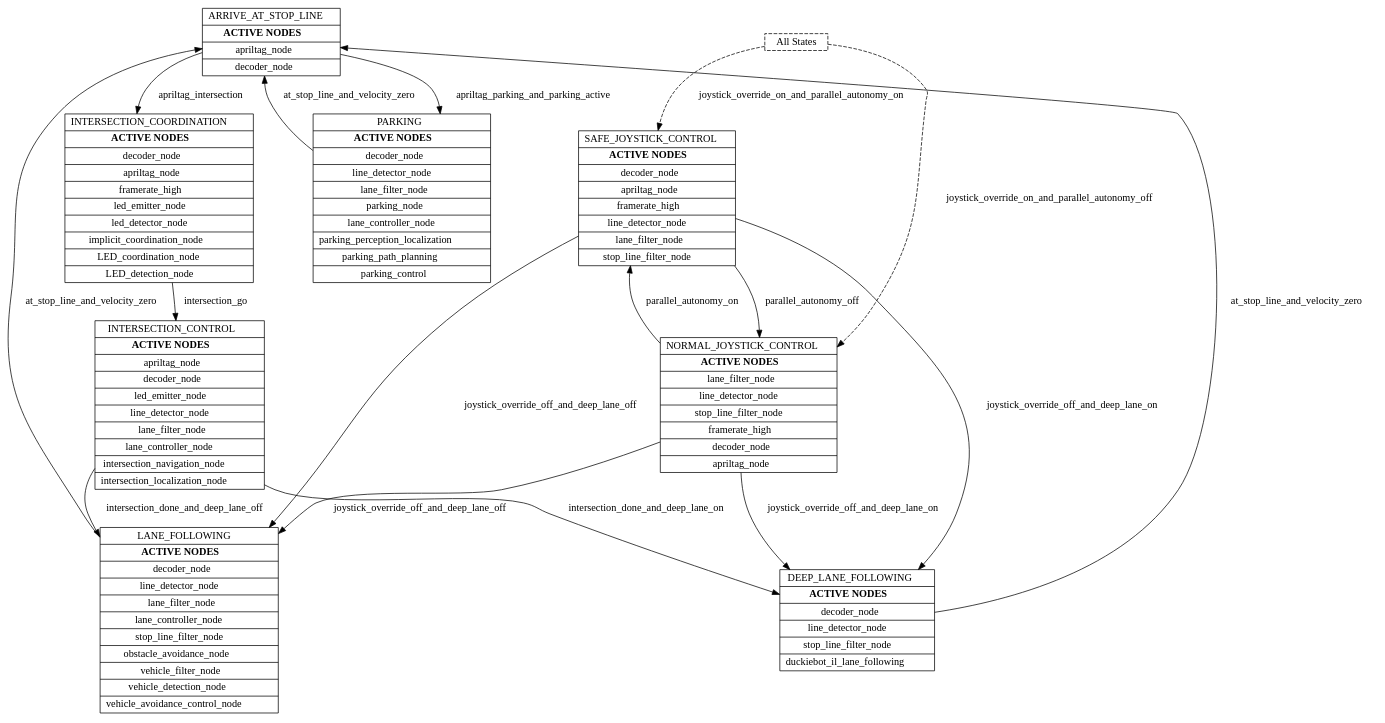
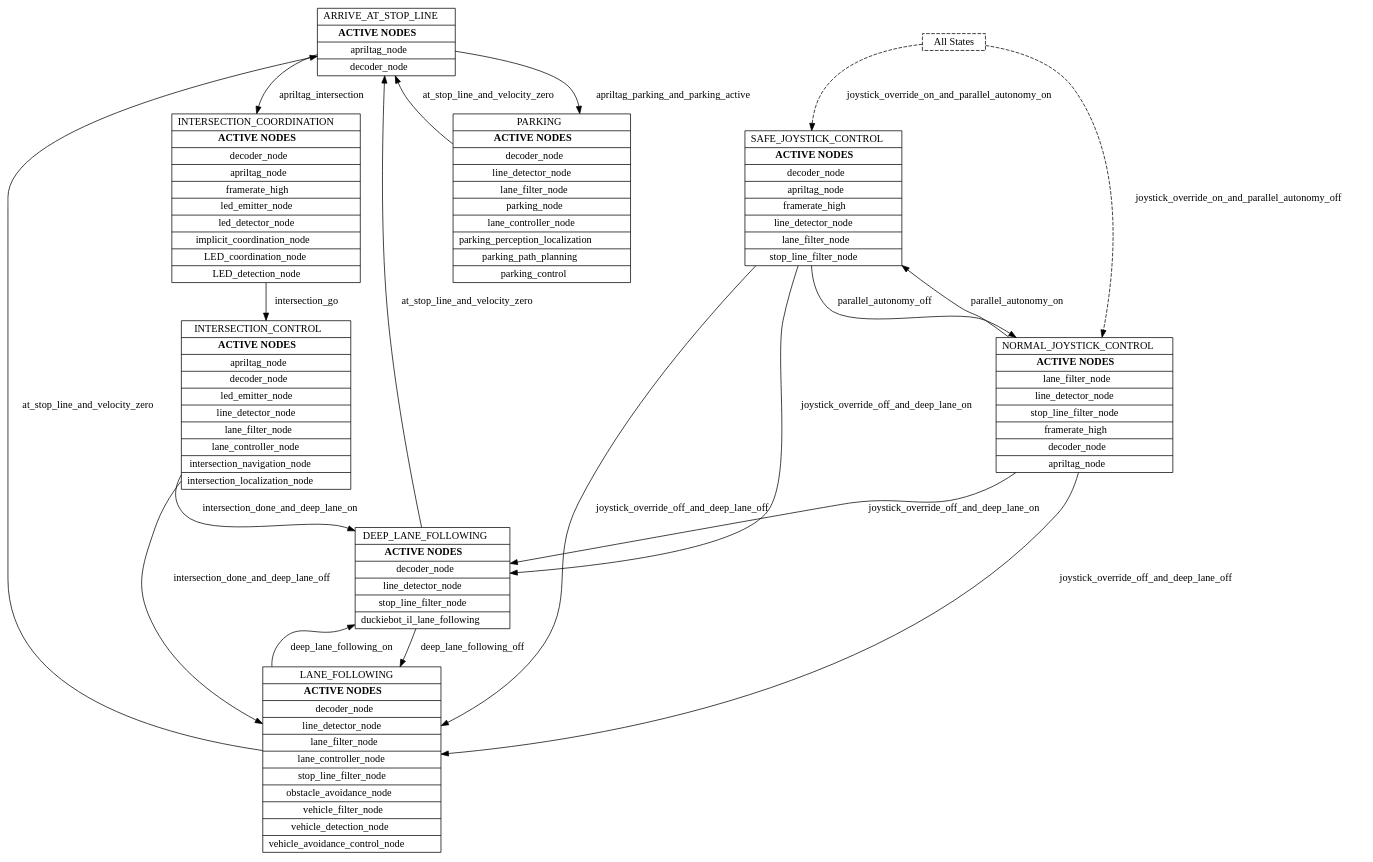
One commit to spadma3/duck changed the diagram in catkin_ws/src/00-infrastructure/ros_diagram/fsm_default_detailed.dot. Above: the diagram before and after it, drawn with Graphviz. The commit also changed 4 other files, not shown here.

Commit message:
Added transition between normal LANE_FOLLOWING and DEEP_LANE_FOLLOWING

```diff
--- a/catkin_ws/src/00-infrastructure/ros_diagram/fsm_default_detailed.dot
+++ b/catkin_ws/src/00-infrastructure/ros_diagram/fsm_default_detailed.dot
@@ -1,29 +1,31 @@
 // default_detailed.yaml
 digraph {
 	node [height=.1 shape=record]
 	ARRIVE_AT_STOP_LINE [label=<{ ARRIVE_AT_STOP_LINE | <B> ACTIVE NODES </B> | apriltag_node | decoder_node }> color=black fontcolor=black]
 	INTERSECTION_CONTROL [label=<{ INTERSECTION_CONTROL | <B> ACTIVE NODES </B> | apriltag_node | decoder_node | led_emitter_node | line_detector_node | lane_filter_node | lane_controller_node | intersection_navigation_node | intersection_localization_node }> color=black fontcolor=black]
 	INTERSECTION_COORDINATION [label=<{ INTERSECTION_COORDINATION | <B> ACTIVE NODES </B> | decoder_node | apriltag_node | framerate_high | led_emitter_node | led_detector_node | implicit_coordination_node | LED_coordination_node | LED_detection_node }> color=black fontcolor=black]
 	DEEP_LANE_FOLLOWING [label=<{ DEEP_LANE_FOLLOWING | <B> ACTIVE NODES </B> | decoder_node | line_detector_node | stop_line_filter_node | duckiebot_il_lane_following }>]
 	PARKING [label=<{ PARKING | <B> ACTIVE NODES </B> | decoder_node | line_detector_node | lane_filter_node | parking_node | lane_controller_node | parking_perception_localization | parking_path_planning | parking_control }> color=black fontcolor=black]
 	SAFE_JOYSTICK_CONTROL [label=<{ SAFE_JOYSTICK_CONTROL | <B> ACTIVE NODES </B> | decoder_node | apriltag_node | framerate_high | line_detector_node | lane_filter_node | stop_line_filter_node }> color=black fontcolor=black]
 	NORMAL_JOYSTICK_CONTROL [label=<{ NORMAL_JOYSTICK_CONTROL | <B> ACTIVE NODES </B> | lane_filter_node | line_detector_node | stop_line_filter_node | framerate_high | decoder_node | apriltag_node }> color=black fontcolor=black]
 	LANE_FOLLOWING [label=<{ LANE_FOLLOWING | <B> ACTIVE NODES </B> | decoder_node | line_detector_node | lane_filter_node | lane_controller_node | stop_line_filter_node | obstacle_avoidance_node | vehicle_filter_node | vehicle_detection_node | vehicle_avoidance_control_node }> color=black fontcolor=black]
 	ARRIVE_AT_STOP_LINE -> PARKING [label=apriltag_parking_and_parking_active color=black fontcolor=black]
 	ARRIVE_AT_STOP_LINE -> INTERSECTION_COORDINATION [label=apriltag_intersection color=black fontcolor=black]
 	INTERSECTION_CONTROL -> DEEP_LANE_FOLLOWING [label=intersection_done_and_deep_lane_on color=black fontcolor=black]
 	INTERSECTION_CONTROL -> LANE_FOLLOWING [label=intersection_done_and_deep_lane_off color=black fontcolor=black]
 	INTERSECTION_COORDINATION -> INTERSECTION_CONTROL [label=intersection_go color=black fontcolor=black]
 	DEEP_LANE_FOLLOWING -> ARRIVE_AT_STOP_LINE [label=at_stop_line_and_velocity_zero color=black fontcolor=black]
+	DEEP_LANE_FOLLOWING -> LANE_FOLLOWING [label=deep_lane_following_off color=black fontcolor=black]
 	PARKING -> ARRIVE_AT_STOP_LINE [label=at_stop_line_and_velocity_zero color=black fontcolor=black]
 	SAFE_JOYSTICK_CONTROL -> DEEP_LANE_FOLLOWING [label=joystick_override_off_and_deep_lane_on color=black fontcolor=black]
 	SAFE_JOYSTICK_CONTROL -> NORMAL_JOYSTICK_CONTROL [label=parallel_autonomy_off color=black fontcolor=black]
 	SAFE_JOYSTICK_CONTROL -> LANE_FOLLOWING [label=joystick_override_off_and_deep_lane_off color=black fontcolor=black]
 	NORMAL_JOYSTICK_CONTROL -> DEEP_LANE_FOLLOWING [label=joystick_override_off_and_deep_lane_on color=black fontcolor=black]
 	NORMAL_JOYSTICK_CONTROL -> LANE_FOLLOWING [label=joystick_override_off_and_deep_lane_off color=black fontcolor=black]
 	NORMAL_JOYSTICK_CONTROL -> SAFE_JOYSTICK_CONTROL [label=parallel_autonomy_on color=black fontcolor=black]
 	LANE_FOLLOWING -> ARRIVE_AT_STOP_LINE [label=at_stop_line_and_velocity_zero color=black fontcolor=black]
+	LANE_FOLLOWING -> DEEP_LANE_FOLLOWING [label=deep_lane_following_on color=black fontcolor=black]
 	ALL_STATES [label="All States" style=dashed]
 	ALL_STATES -> NORMAL_JOYSTICK_CONTROL [label=joystick_override_on_and_parallel_autonomy_off concentrate=false style=dashed]
 	ALL_STATES -> SAFE_JOYSTICK_CONTROL [label=joystick_override_on_and_parallel_autonomy_on concentrate=false style=dashed]
 }
```
